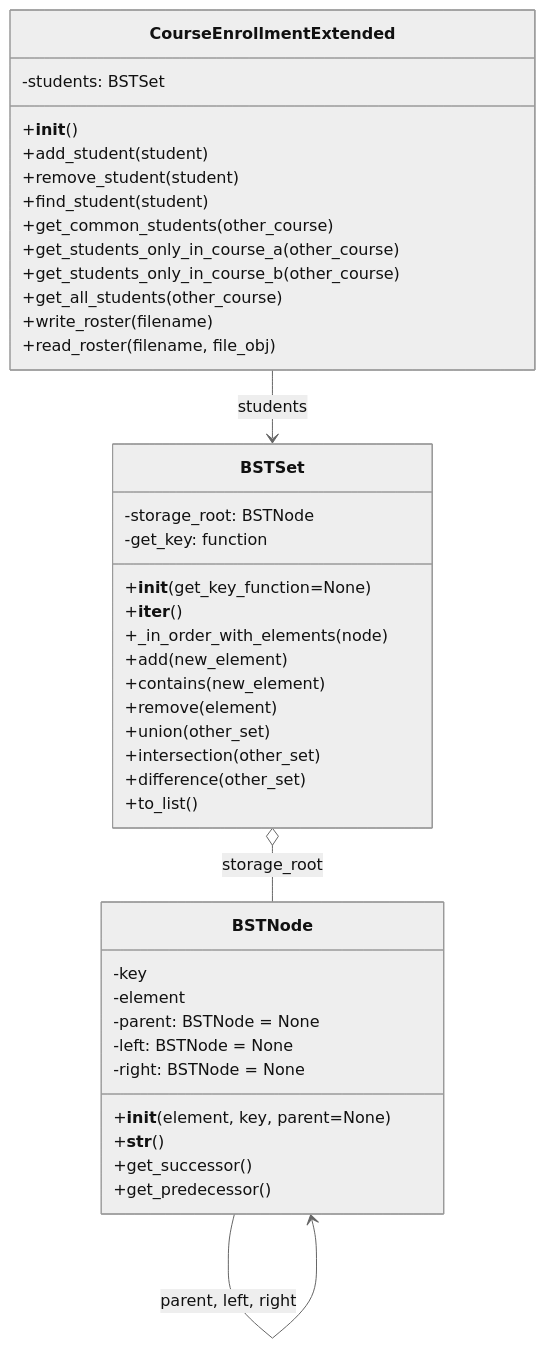
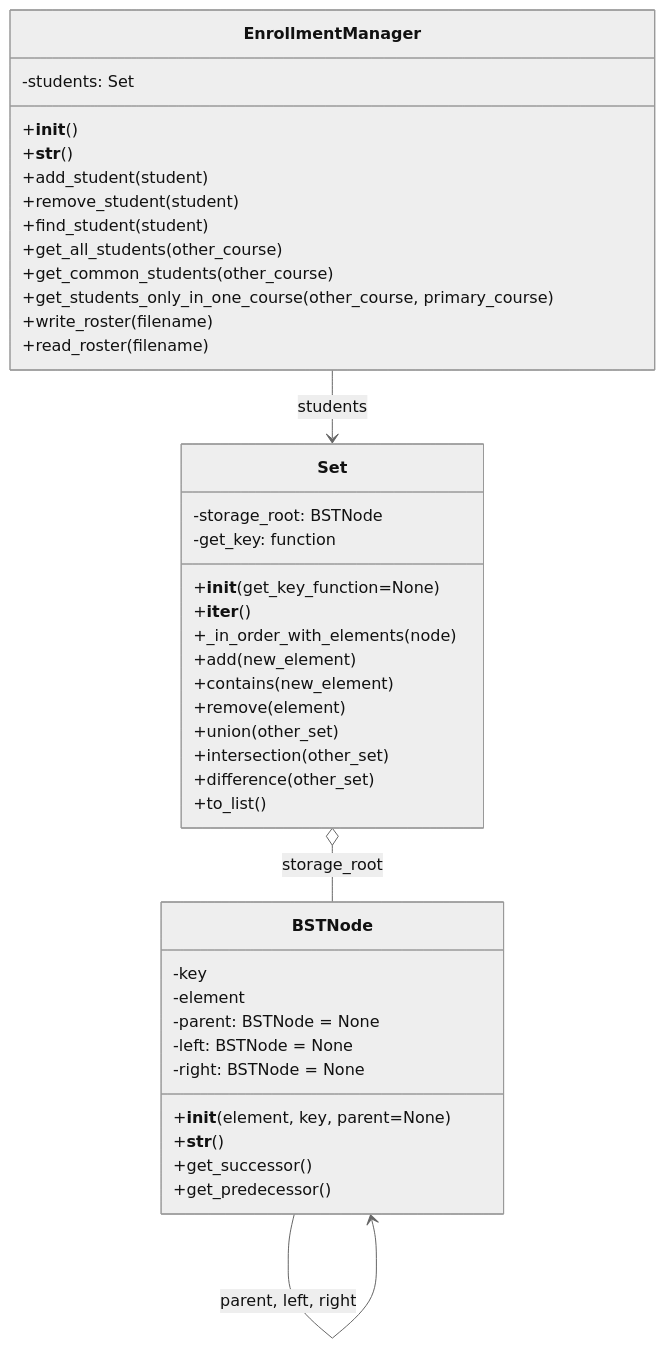
One commit to timothysanders/cs-034-lab-12 changed the first of 2 diagrams in design.md. Above: the diagram before and after it, drawn with Mermaid (neutral theme). The commit also changed other lines of this file, not shown here.

Commit message:
Updated design.md with latest class and method names

````diff
--- a/design.md
+++ b/design.md
@@ -9,47 +9,47 @@
 ```mermaid
 classDiagram
     class BSTNode {
         -key
         -element
         -parent: BSTNode = None
         -left: BSTNode = None
         -right: BSTNode = None
         +__init__(element, key, parent=None)
         +__str__()
         +get_successor()
         +get_predecessor()
     }
     
-    class BSTSet {
+    class Set {
         -storage_root: BSTNode
         -get_key: function
         +__init__(get_key_function=None)
         +__iter__()
         +_in_order_with_elements(node)
         +add(new_element)
         +contains(new_element)
         +remove(element)
         +union(other_set)
         +intersection(other_set)
         +difference(other_set)
         +to_list()
     }
     
-    class CourseEnrollmentExtended {
-        -students: BSTSet
+    class EnrollmentManager {
+        -students: Set
         +__init__()
+        +__str__()
         +add_student(student)
         +remove_student(student)
         +find_student(student)
+        +get_all_students(other_course)
         +get_common_students(other_course)
-        +get_students_only_in_course_a(other_course)
-        +get_students_only_in_course_b(other_course)
-        +get_all_students(other_course)
+        +get_students_only_in_one_course(other_course, primary_course)
         +write_roster(filename)
-        +read_roster(filename, file_obj)
+        +read_roster(filename)
     }
     
     BSTNode --> BSTNode : parent, left, right
-    BSTSet o-- BSTNode : storage_root
-    CourseEnrollmentExtended --> BSTSet : students
+    Set o-- BSTNode : storage_root
+    EnrollmentManager --> Set : students
 ```
````
